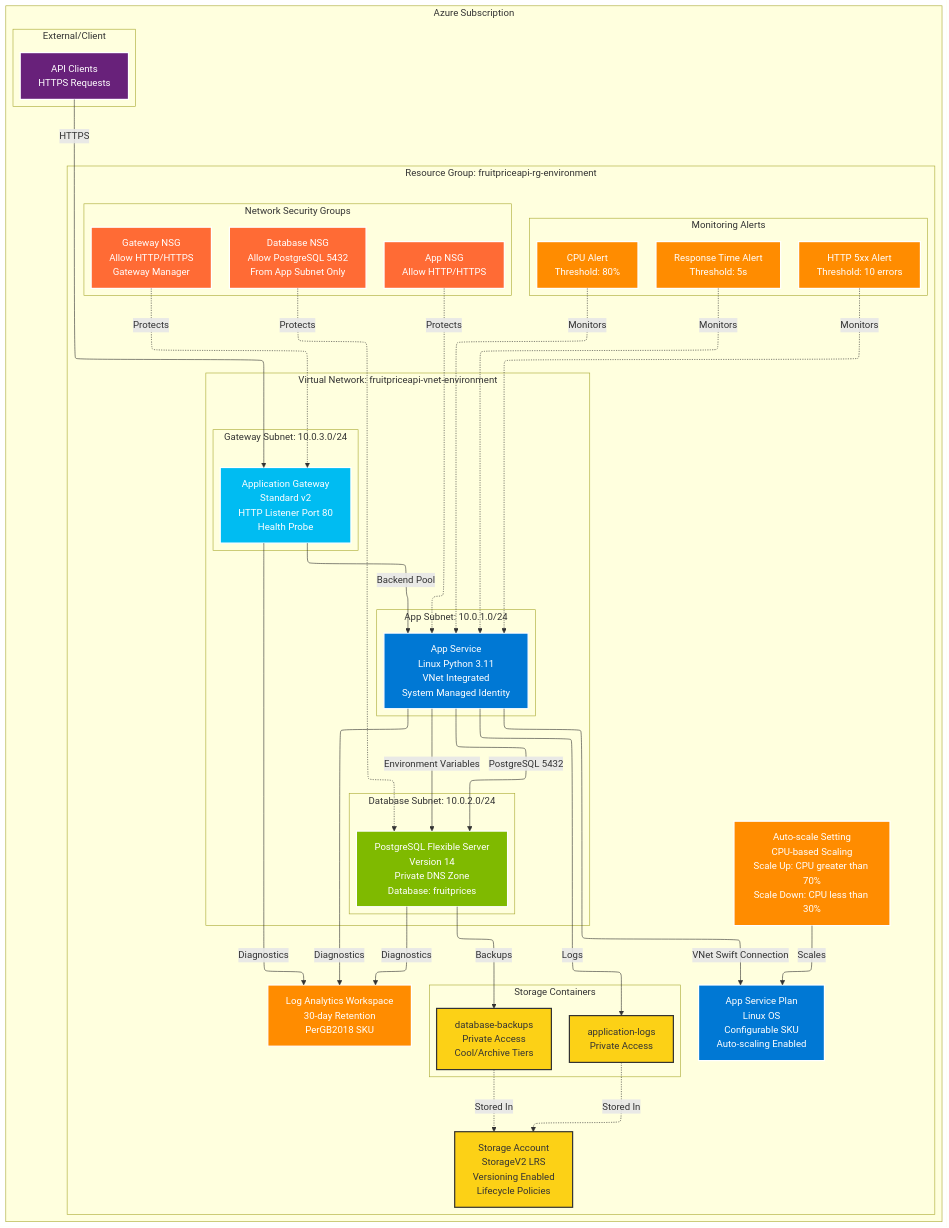
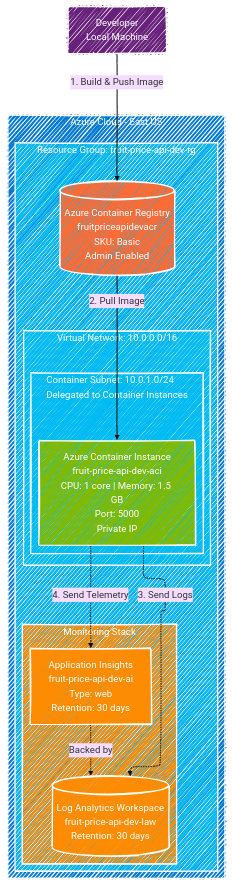
One commit to aykhara/hve-short-hack changed the diagram in fruit_price_api/docs/diagrams/arch-dev-overview.md. Above: the diagram before and after it, drawn with Mermaid. The commit also changed other lines of this file and 53 other files, not shown here.

````diff
--- a/fruit_price_api/docs/diagrams/arch-dev-overview.md
+++ b/fruit_price_api/docs/diagrams/arch-dev-overview.md
@@ -6,96 +6,46 @@
 ---
 config:
   layout: elk
+  look: handDrawn
+  theme: base
 ---
-graph TD
-    subgraph "Azure Subscription"
-        subgraph "Resource Group: fruitpriceapi-rg-environment"
-            subgraph "Virtual Network: fruitpriceapi-vnet-environment"
-                subgraph "App Subnet: 10.0.1.0/24"
-                    APP[App Service<br/>Linux Python 3.11<br/>VNet Integrated<br/>System Managed Identity]
-                end
-
-                subgraph "Database Subnet: 10.0.2.0/24"
-                    PSQL[PostgreSQL Flexible Server<br/>Version 14<br/>Private DNS Zone<br/>Database: fruitprices]
-                end
-
-                subgraph "Gateway Subnet: 10.0.3.0/24"
-                    AGW[Application Gateway<br/>Standard v2<br/>HTTP Listener Port 80<br/>Health Probe]
+flowchart TB
+    subgraph Azure["Azure Cloud - East US"]
+        subgraph RG["Resource Group: fruit-price-api-dev-rg"]
+            subgraph VNet["Virtual Network: 10.0.0.0/16"]
+                subgraph Subnet["Container Subnet: 10.0.1.0/24<br/>Delegated to Container Instances"]
+                    ACI["Azure Container Instance<br/>fruit-price-api-dev-aci<br/>CPU: 1 core | Memory: 1.5 GB<br/>Port: 5000<br/>Private IP"]
                 end
             end
-
-            ASP[App Service Plan<br/>Linux OS<br/>Configurable SKU<br/>Auto-scaling Enabled]
             
-            LAW[Log Analytics Workspace<br/>30-day Retention<br/>PerGB2018 SKU]
+            ACR[("Azure Container Registry<br/>fruitpriceapidevacr<br/>SKU: Basic<br/>Admin Enabled")]
             
-            SA[Storage Account<br/>StorageV2 LRS<br/>Versioning Enabled<br/>Lifecycle Policies]
-            
-            subgraph "Storage Containers"
-                LOGS[application-logs<br/>Private Access]
-                BACKUPS[database-backups<br/>Private Access<br/>Cool/Archive Tiers]
-            end
-
-            subgraph "Network Security Groups"
-                APP_NSG[App NSG<br/>Allow HTTP/HTTPS]
-                DB_NSG[Database NSG<br/>Allow PostgreSQL 5432<br/>From App Subnet Only]
-                GW_NSG[Gateway NSG<br/>Allow HTTP/HTTPS<br/>Gateway Manager]
-            end
-
-            AUTO[Auto-scale Setting<br/>CPU-based Scaling<br/>Scale Up: CPU greater than 70%<br/>Scale Down: CPU less than 30%]
-
-            subgraph "Monitoring Alerts"
-                ALERT_CPU[CPU Alert<br/>Threshold: 80%]
-                ALERT_RT[Response Time Alert<br/>Threshold: 5s]
-                ALERT_HTTP[HTTP 5xx Alert<br/>Threshold: 10 errors]
+            subgraph Monitoring["Monitoring Stack"]
+                LAW[("Log Analytics Workspace<br/>fruit-price-api-dev-law<br/>Retention: 30 days")]
+                AI["Application Insights<br/>fruit-price-api-dev-ai<br/>Type: web<br/>Retention: 30 days"]
             end
         end
-
-        subgraph "External/Client"
-            CLIENT[API Clients<br/>HTTPS Requests]
-        end
     end
-
-    %% Connections
-    CLIENT -->|HTTPS| AGW
-    AGW -->|Backend Pool| APP
-    APP -->|VNet Swift Connection| ASP
-    APP -->|PostgreSQL 5432| PSQL
-    APP -->|Environment Variables| PSQL
     
-    APP_NSG -.->|Protects| APP
-    DB_NSG -.->|Protects| PSQL
-    GW_NSG -.->|Protects| AGW
+    Dev["Developer<br/>Local Machine"]
     
-    AUTO -->|Scales| ASP
+    Dev -->|"1. Build & Push Image"| ACR
+    ACR -->|"2. Pull Image"| ACI
+    ACI -.->|"3. Send Logs"| LAW
+    ACI -.->|"4. Send Telemetry"| AI
+    AI -.->|"Backed by"| LAW
     
-    APP -->|Diagnostics| LAW
-    PSQL -->|Diagnostics| LAW
-    AGW -->|Diagnostics| LAW
+    classDef azureCloud fill:#0078d4,stroke:#fff,stroke-width:2px,color:#fff
+    classDef networking fill:#00bcf2,stroke:#fff,stroke-width:2px,color:#fff
+    classDef compute fill:#7fba00,stroke:#fff,stroke-width:2px,color:#fff
+    classDef storage fill:#ff6b35,stroke:#fff,stroke-width:2px,color:#fff
+    classDef monitoring fill:#ff8c00,stroke:#fff,stroke-width:2px,color:#fff
+    classDef external fill:#68217a,stroke:#fff,stroke-width:2px,color:#fff
     
-    APP -->|Logs| LOGS
-    PSQL -->|Backups| BACKUPS
-    
-    LOGS -.->|Stored In| SA
-    BACKUPS -.->|Stored In| SA
-    
-    ALERT_CPU -.->|Monitors| APP
-    ALERT_RT -.->|Monitors| APP
-    ALERT_HTTP -.->|Monitors| APP
-
-    %% Styling
-    classDef compute fill:#0078d4,stroke:#ffffff,stroke-width:2px,color:#ffffff
-    classDef database fill:#7fba00,stroke:#ffffff,stroke-width:2px,color:#ffffff
-    classDef networking fill:#00bcf2,stroke:#ffffff,stroke-width:2px,color:#ffffff
-    classDef storage fill:#fcd116,stroke:#333333,stroke-width:2px,color:#333333
-    classDef monitoring fill:#ff8c00,stroke:#ffffff,stroke-width:2px,color:#ffffff
-    classDef security fill:#ff6b35,stroke:#ffffff,stroke-width:2px,color:#ffffff
-    classDef external fill:#68217a,stroke:#ffffff,stroke-width:2px,color:#ffffff
-
-    class APP,ASP compute
-    class PSQL database
-    class AGW networking
-    class SA,LOGS,BACKUPS storage
-    class LAW,AUTO,ALERT_CPU,ALERT_RT,ALERT_HTTP monitoring
-    class APP_NSG,DB_NSG,GW_NSG security
-    class CLIENT external
+    class Azure azureCloud
+    class RG,VNet,Subnet networking
+    class ACI compute
+    class ACR storage
+    class LAW,AI,Monitoring monitoring
+    class Dev external
 ```
````
